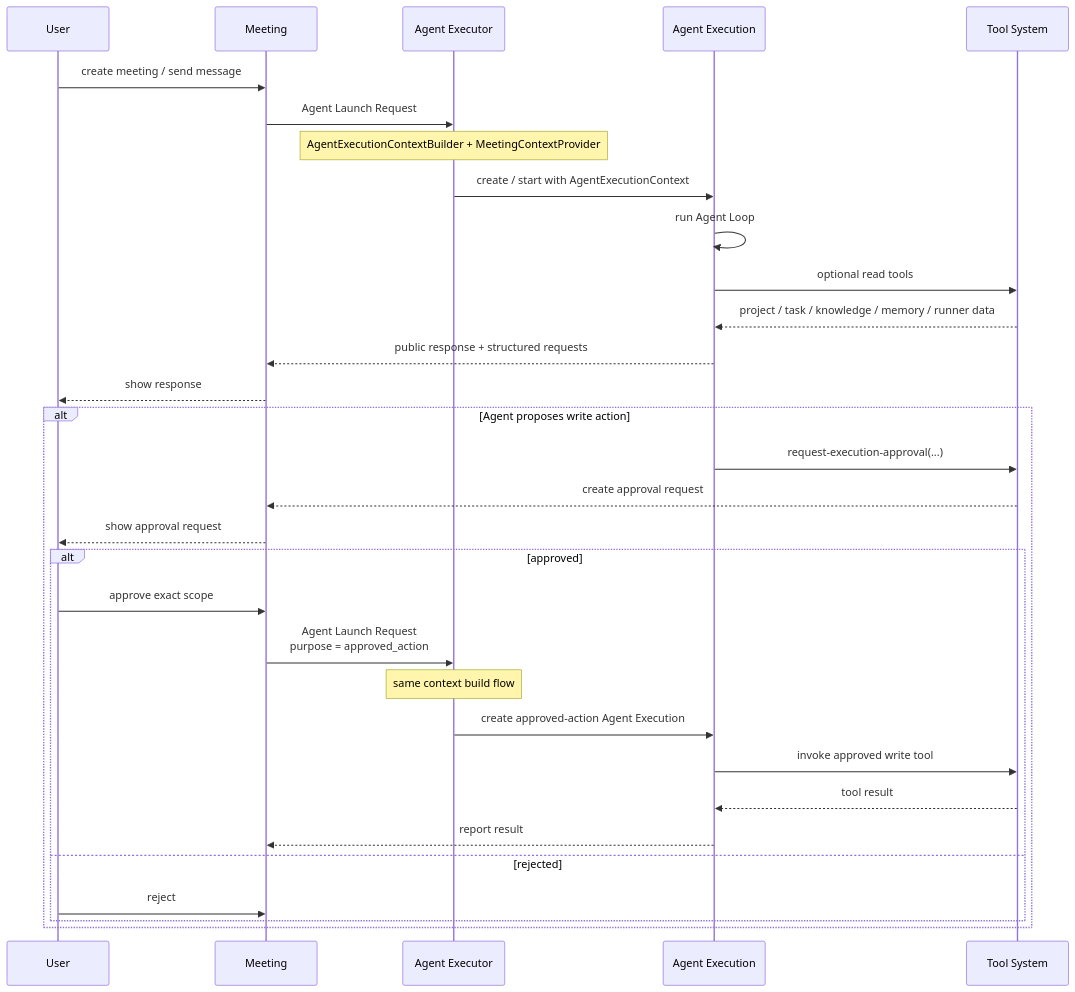
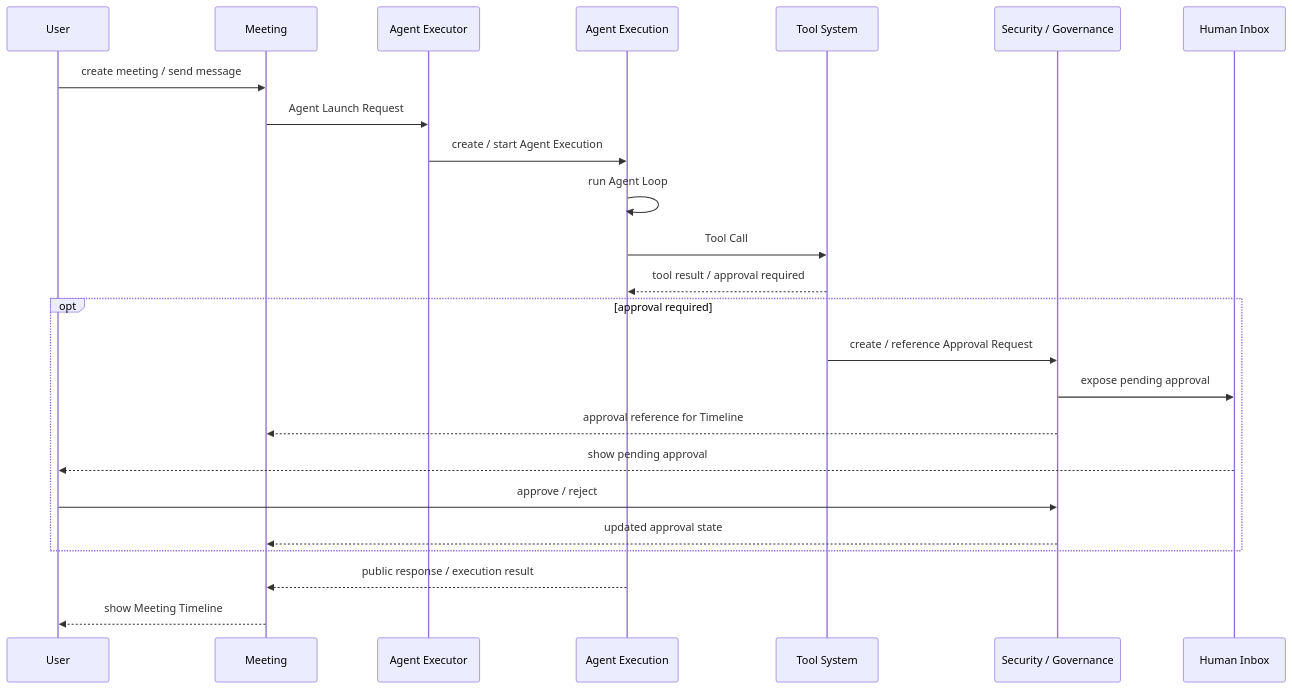
One commit to LunaDeerTech/agenteam changed the first of 2 diagrams in docs/architecture/meeting.md. Above: the diagram before and after it, drawn with Mermaid. The commit also changed other lines of this file and 17 other files, not shown here.

Commit message:
docs: refine architecture and governance design

````diff
--- a/docs/architecture/meeting.md
+++ b/docs/architecture/meeting.md
@@ -43,39 +45,30 @@
 ```mermaid
 sequenceDiagram
     participant U as User
     participant M as Meeting
     participant E as Agent Executor
     participant X as Agent Execution
     participant T as Tool System
+    participant G as Security / Governance
+    participant I as Human Inbox
 
     U->>M: create meeting / send message
-
     M->>E: Agent Launch Request
-    Note over E: AgentExecutionContextBuilder + MeetingContextProvider
-    E->>X: create / start with AgentExecutionContext
+    E->>X: create / start Agent Execution
     X->>X: run Agent Loop
 
-    X->>T: optional read tools
-    T-->>X: project / task / knowledge / memory / runner data
+    X->>T: Tool Call
+    T-->>X: tool result / approval required
 
-    X-->>M: public response + structured requests
-    M-->>U: show response
+    opt approval required
+        T->>G: create / reference Approval Request
+        G->>I: expose pending approval
+        G-->>M: approval reference for Timeline
+        I-->>U: show pending approval
+        U->>G: approve / reject
+        G-->>M: updated approval state
+    end
 
-    alt Agent proposes write action
-        X->>T: request-execution-approval(...)
-        T-->>M: create approval request
-        M-->>U: show approval request
-
-        alt approved
-            U->>M: approve exact scope
-            M->>E: Agent Launch Request<br/>purpose = approved_action
-            Note over E: same context build flow
-            E->>X: create approved-action Agent Execution
-            X->>T: invoke approved write tool
-            T-->>X: tool result
-            X-->>M: report result
-        else rejected
-            U->>M: reject
-        end
-    end
+    X-->>M: public response / execution result
+    M-->>U: show Meeting Timeline
 ```
````
